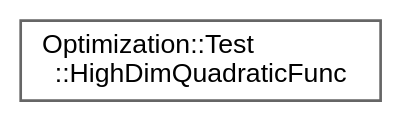
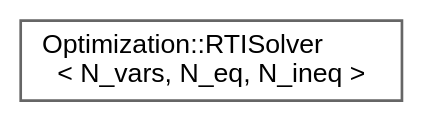
The diagram in inherit_graph_55.dot (jswoo0615/Algorithms_for_Optimization_cpp), drawn with Graphviz before and after one commit. The commit also changed 80 other files, not shown here.

```diff
--- a/inherit_graph_55.dot
+++ b/inherit_graph_55.dot
@@ -1,9 +1,9 @@
 digraph "Graphical Class Hierarchy"
 {
  // LATEX_PDF_SIZE
   bgcolor="transparent";
   edge [fontname=Helvetica,fontsize=10,labelfontname=Helvetica,labelfontsize=10];
   node [fontname=Helvetica,fontsize=10,shape=box,height=0.2,width=0.4];
   rankdir="LR";
-  Node0 [id="Node000000",label="Optimization::Test\l::HighDimQuadraticFunc",height=0.2,width=0.4,color="grey40", fillcolor="white", style="filled",URL="$structOptimization_1_1Test_1_1HighDimQuadraticFunc.html",tooltip=" "];
+  Node0 [id="Node000000",label="Optimization::RTISolver\l\< N_vars, N_eq, N_ineq \>",height=0.2,width=0.4,color="grey40", fillcolor="white", style="filled",URL="$classOptimization_1_1RTISolver.html",tooltip=" "];
 }
```
